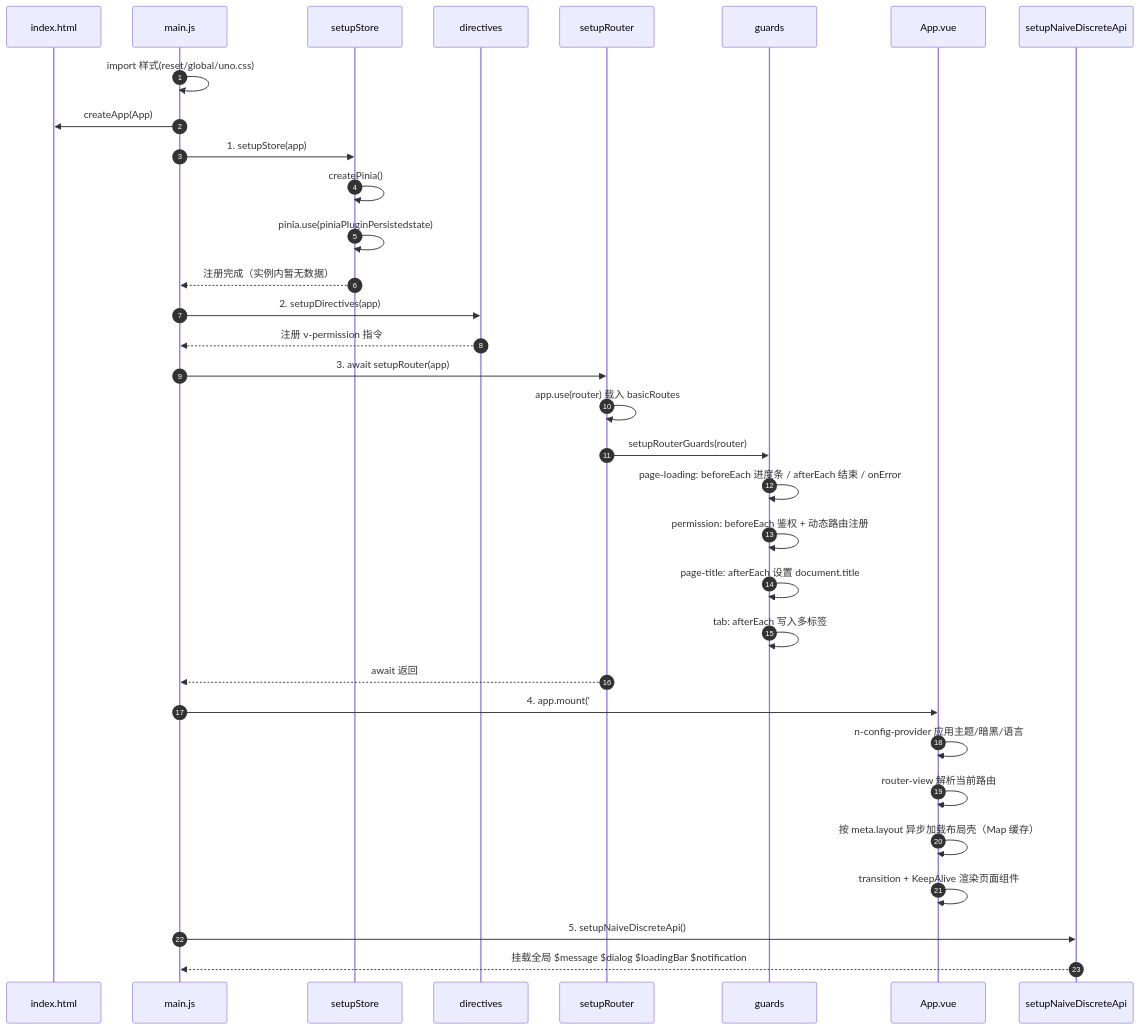
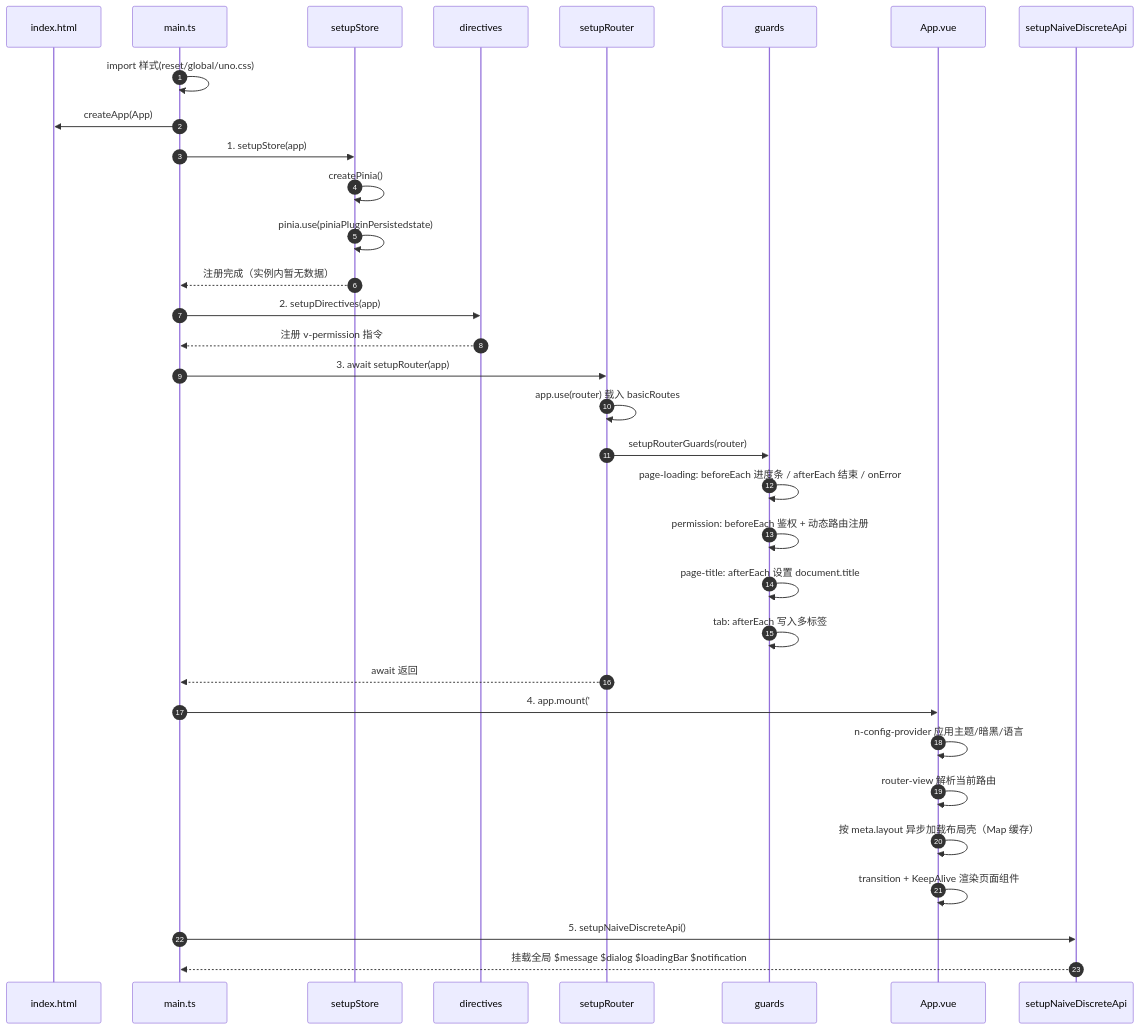
Before and after one commit to JiaxiLiang/vue-naive-admin: the second of 13 diagrams in docs/arch-overview.md, drawn with Mermaid. The commit also changed other lines of this file and 93 other files, not shown here.

````diff
--- a/docs/arch-overview.md
+++ b/docs/arch-overview.md
@@ -216,36 +216,36 @@
 ```mermaid
 sequenceDiagram
     autonumber
     participant HTML as index.html #app
-    participant MAIN as main.js
+    participant MAIN as main.ts
     participant ST as setupStore
     participant DI as directives
     participant RT as setupRouter
     participant GD as guards
     participant APP as App.vue
     participant NA as setupNaiveDiscreteApi
 
     MAIN->>MAIN: import 样式(reset/global/uno.css)
     MAIN->>HTML: createApp(App)
     MAIN->>ST: 1. setupStore(app)
     ST->>ST: createPinia()
     ST->>ST: pinia.use(piniaPluginPersistedstate)
     ST-->>MAIN: 注册完成（实例内暂无数据）
     MAIN->>DI: 2. setupDirectives(app)
     DI-->>MAIN: 注册 v-permission 指令
     MAIN->>RT: 3. await setupRouter(app)
     RT->>RT: app.use(router) 载入 basicRoutes
     RT->>GD: setupRouterGuards(router)
     GD->>GD: page-loading: beforeEach 进度条 / afterEach 结束 / onError
     GD->>GD: permission: beforeEach 鉴权 + 动态路由注册
     GD->>GD: page-title: afterEach 设置 document.title
     GD->>GD: tab: afterEach 写入多标签
     RT-->>MAIN: await 返回
     MAIN->>APP: 4. app.mount('#app')
     APP->>APP: n-config-provider 应用主题/暗黑/语言
     APP->>APP: router-view 解析当前路由
     APP->>APP: 按 meta.layout 异步加载布局壳（Map 缓存）
     APP->>APP: transition + KeepAlive 渲染页面组件
     MAIN->>NA: 5. setupNaiveDiscreteApi()
     NA-->>MAIN: 挂载全局 $message $dialog $loadingBar $notification
 ```
````
